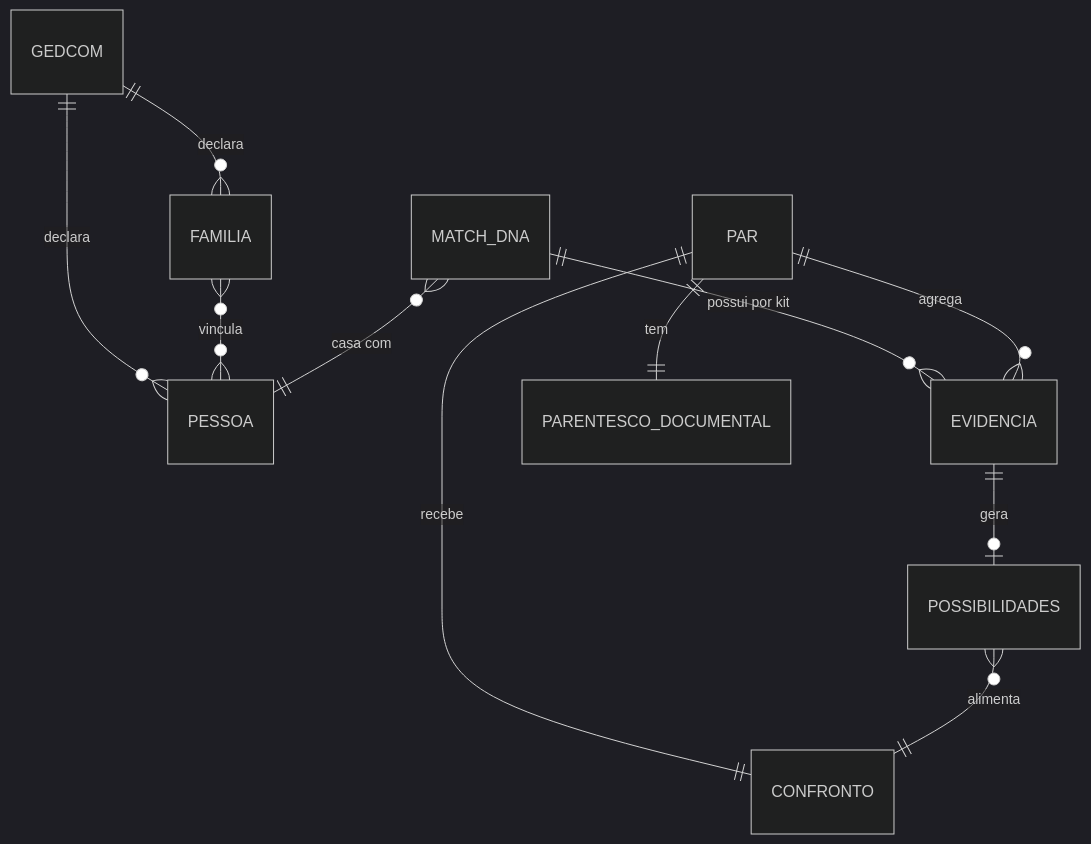
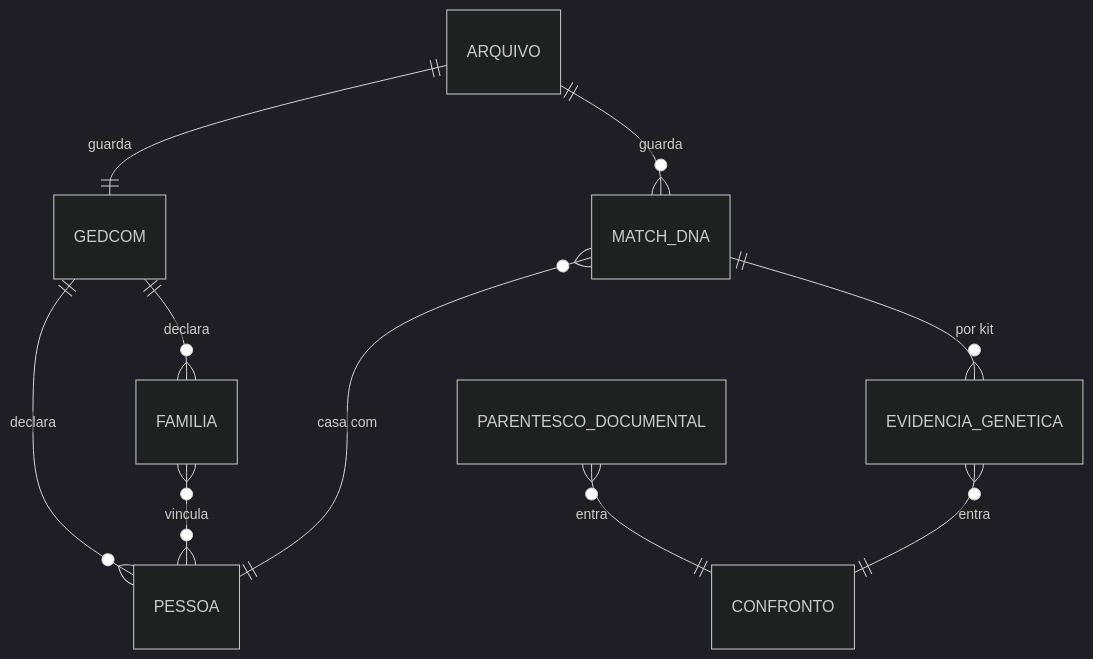
The diagram in .reversa/soul.md (Adriano1976/reversa-analisador-genealogico), drawn with Mermaid (dark theme) before and after one commit. The commit also changed other lines of this file and 1 other file, not shown here.

````diff
--- a/.reversa/soul.md
+++ b/.reversa/soul.md
@@ -57,13 +58,12 @@
 ```mermaid
 erDiagram
+    ARQUIVO ||--|| GEDCOM : "guarda"
+    ARQUIVO ||--o{ MATCH_DNA : "guarda"
     GEDCOM ||--o{ PESSOA : "declara"
     GEDCOM ||--o{ FAMILIA : "declara"
     FAMILIA }o--o{ PESSOA : "vincula"
-    MATCH_DNA ||--o{ EVIDENCIA : "possui por kit"
-    PAR ||--|| PARENTESCO_DOCUMENTAL : "tem"
-    PAR ||--o{ EVIDENCIA : "agrega"
-    PAR ||--|| CONFRONTO : "recebe"
+    MATCH_DNA ||--o{ EVIDENCIA_GENETICA : "por kit"
     MATCH_DNA }o--|| PESSOA : "casa com"
-    EVIDENCIA ||--o| POSSIBILIDADES : "gera"
-    POSSIBILIDADES }o--|| CONFRONTO : "alimenta"
+    PARENTESCO_DOCUMENTAL }o--|| CONFRONTO : "entra"
+    EVIDENCIA_GENETICA }o--|| CONFRONTO : "entra"
 ```
````
